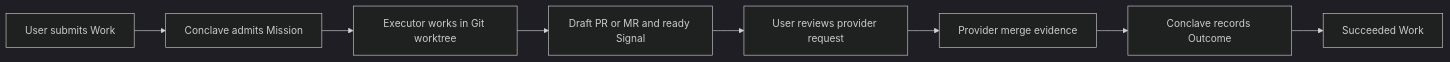
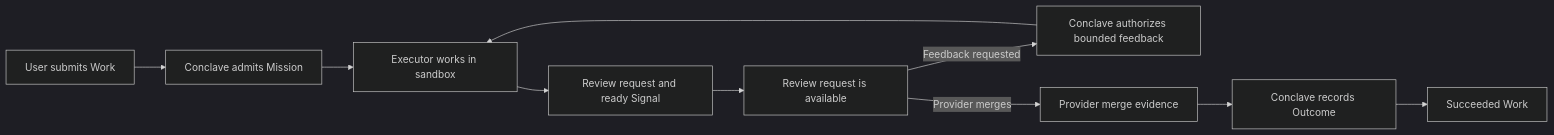
The diagram in README.md (pesap/khala), drawn with Mermaid (dark theme) before and after one commit. The commit also changed other lines of this file and 1 other file, not shown here.

Commit message:
docs: adding diagrams

````diff
--- a/README.md
+++ b/README.md
@@ -69,10 +70,12 @@
 ```mermaid
 flowchart LR
     U[User submits Work] --> C[Conclave admits Mission]
-    C --> E[Executor works in Git worktree]
-    E --> R[Draft PR or MR and ready Signal]
-    R --> V[User reviews provider request]
-    V --> M[Provider merge evidence]
+    C --> E[Executor works in sandbox]
+    E --> R[Review request and ready Signal]
+    R --> V[Review request is available]
+    V -->|Feedback requested| F[Conclave authorizes bounded feedback]
+    F --> E
+    V -->|Provider merges| M[Provider merge evidence]
     M --> O[Conclave records Outcome]
     O --> S[Succeeded Work]
 ```
````
